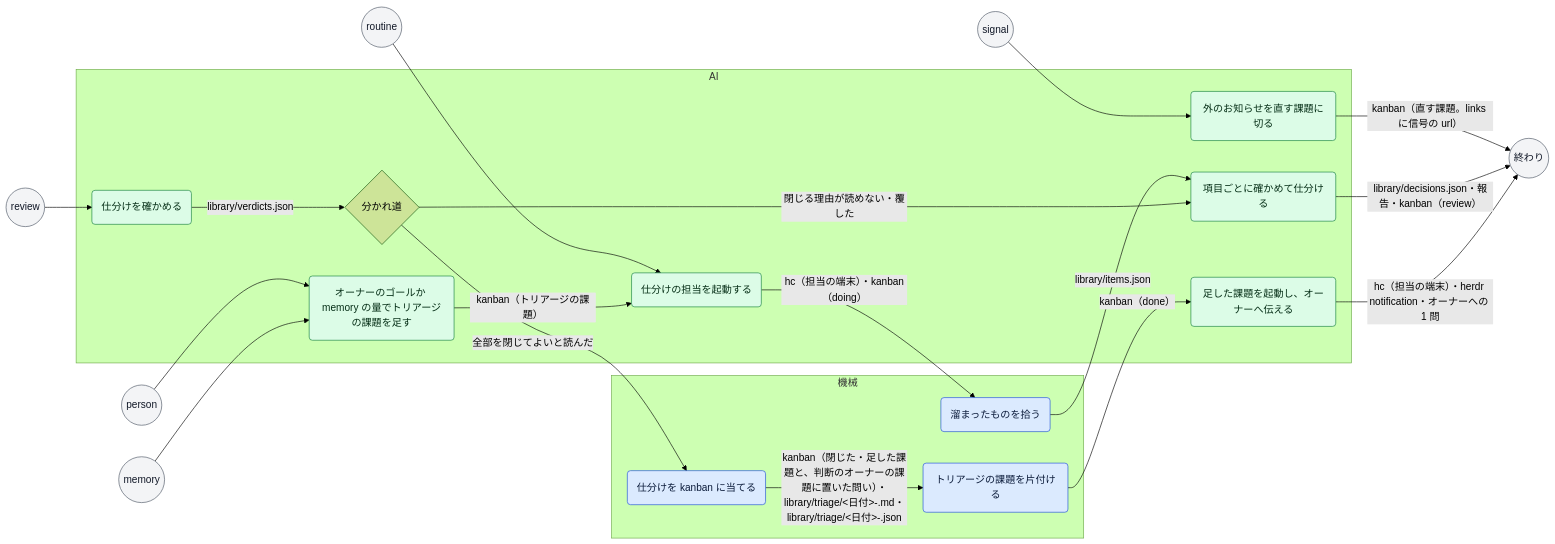
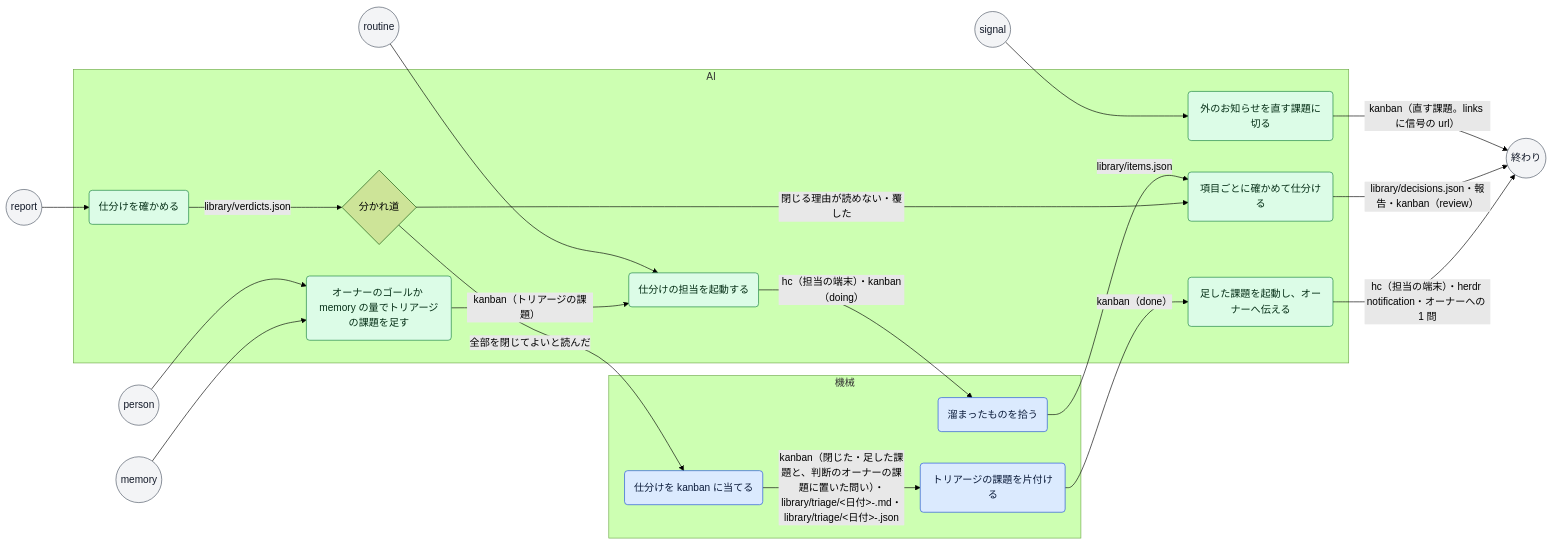
The diagram in docs/process/triage.md (mitaku/andon), drawn with Mermaid (forest theme) before and after one commit. The commit also changed other lines of this file and 11 other files, not shown here.

````diff
--- a/docs/process/triage.md
+++ b/docs/process/triage.md
@@ -19,43 +19,43 @@
 ```mermaid
 flowchart LR
   classDef machine fill:#dbeafe,stroke:#1d4ed8,color:#0b1b3a
   classDef ai fill:#dcfce7,stroke:#15803d,color:#052e16
   classDef person fill:#fef3c7,stroke:#b45309,color:#3b1d02
   classDef event fill:#f3f4f6,stroke:#4b5563,color:#111827
   t_routine(("routine")):::event
   t_person(("person")):::event
   t_signal(("signal")):::event
   t_memory(("memory")):::event
-  t_review(("review")):::event
+  t_report(("report")):::event
   subgraph lane_machine["機械"]
     s_collect("溜まったものを拾う"):::machine
     s_apply("仕分けを kanban に当てる"):::machine
     s_finish("トリアージの課題を片付ける"):::machine
   end
   subgraph lane_ai["AI"]
     s_signal("外のお知らせを直す課題に切る"):::ai
     s_add("オーナーのゴールか memory の量でトリアージの課題を足す"):::ai
     s_start("仕分けの担当を起動する"):::ai
     s_sort("項目ごとに確かめて仕分ける"):::ai
     s_check("仕分けを確かめる"):::ai
     g_check{"分かれ道"}
     s_follow("足した課題を起動し、オーナーへ伝える"):::ai
   end
   t_routine --> s_start
   t_person --> s_add
   t_signal --> s_signal
   t_memory --> s_add
-  t_review --> s_check
+  t_report --> s_check
   s_signal -->|"kanban（直す課題。links に信号の url）"| fin
   s_add -->|"kanban（トリアージの課題）"| s_start
   s_start -->|"hc（担当の端末）・kanban（doing）"| s_collect
   s_collect -->|"library/items.json"| s_sort
   s_sort -->|"library/decisions.json・報告・kanban（review）"| fin
   s_check -->|"library/verdicts.json"| g_check
   g_check -->|"閉じる理由が読めない・覆した"| s_sort
   g_check -->|"全部を閉じてよいと読んだ"| s_apply
   s_apply -->|"kanban（閉じた・足した課題と、判断のオーナーの課題に置いた問い）・library/triage/<日付>-<id>.md・library/triage/<日付>-<id>.json"| s_finish
   s_finish -->|"kanban（done）"| s_follow
   s_follow -->|"hc（担当の端末）・herdr notification・オーナーへの 1 問"| fin
   fin(("終わり")):::event
 ```
````
